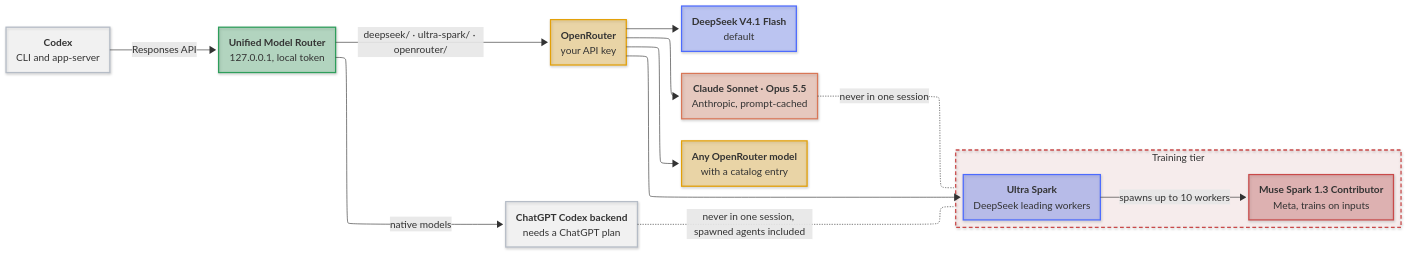
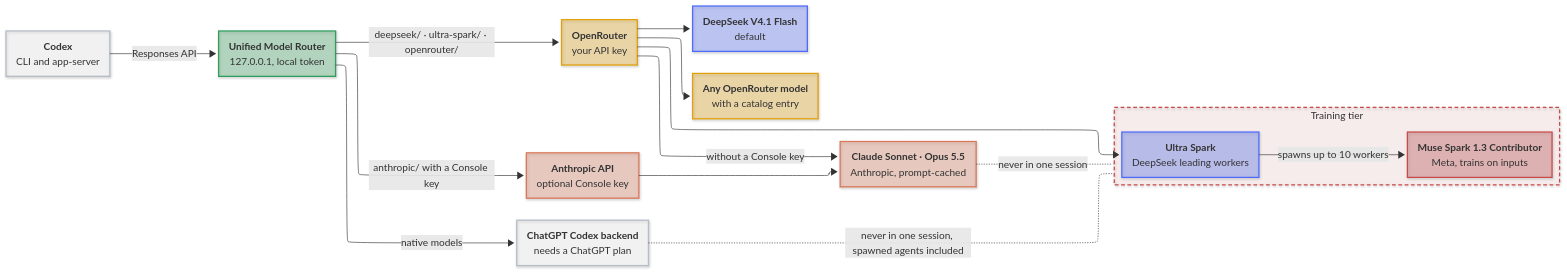
One commit to mirzahusadzic/codex-unified-model-router changed the diagram in README.md. Above: the diagram before and after it, drawn with Mermaid. The commit also changed other lines of this file and 28 other files, not shown here.

````diff
--- a/README.md
+++ b/README.md
@@ -71,6 +71,7 @@
     CX["<b>Codex</b><br/>CLI and app-server"]
     RT["<b>Unified Model Router</b><br/>127.0.0.1, local token"]
     OR["<b>OpenRouter</b><br/>your API key"]
+    AN["<b>Anthropic API</b><br/>optional Console key"]
     OA["<b>ChatGPT Codex backend</b><br/>needs a ChatGPT plan"]
     DS["<b>DeepSeek V4.1 Flash</b><br/>default"]
     CL["<b>Claude Sonnet · Opus 5.5</b><br/>Anthropic, prompt-cached"]
@@ -82,8 +83,10 @@
     CX -->|"Responses API"| RT
     RT -->|"deepseek/ · ultra-spark/ · openrouter/"| OR
     RT -->|"native models"| OA
+    RT -->|"anthropic/ with a Console key"| AN
+    AN --> CL
     OR --> DS
-    OR --> CL
+    OR -->|"without a Console key"| CL
     OR --> AM
     OR --> US
     US -->|"spawns up to 10 workers"| MU
@@ -102,7 +105,7 @@
     class OR,AM openrouter
     class DS,US deepseek
     class CX,OA openai
-    class CL anthropic
+    class AN,CL anthropic
     class MU training
     class TT trainingTier
 ```
````
